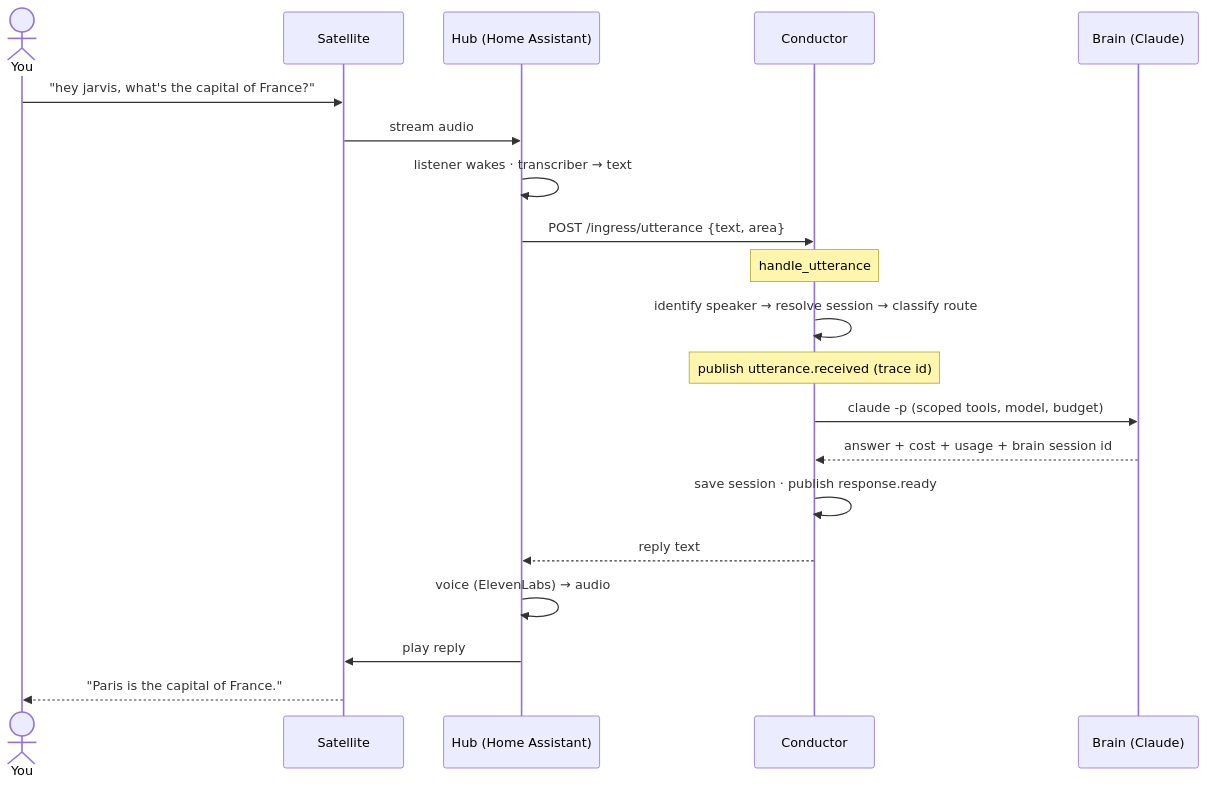
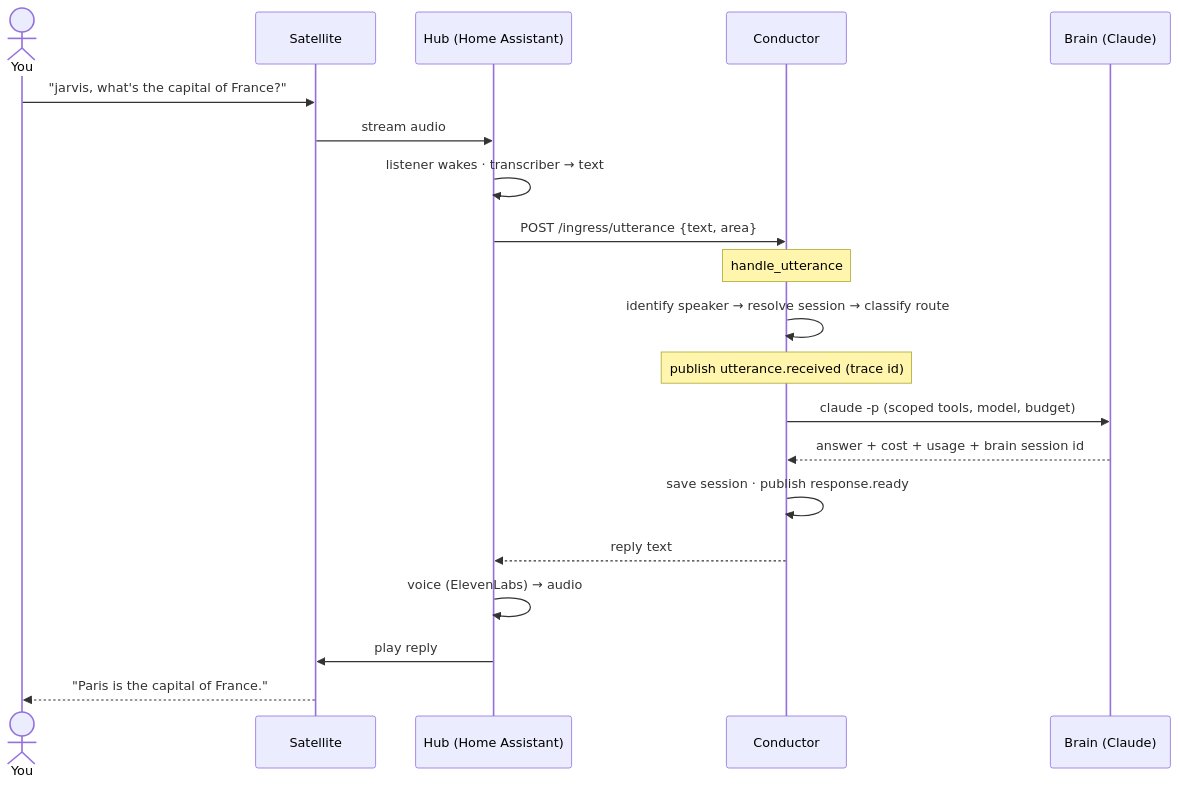
One commit to alexdalgleishmorel/jarvis changed the second of 5 diagrams in docs/architecture.md. Above: the diagram before and after it, drawn with Mermaid. The commit also changed other lines of this file and 5 other files, not shown here.

````diff
--- a/docs/architecture.md
+++ b/docs/architecture.md
@@ -101,23 +101,23 @@
 ```mermaid
 sequenceDiagram
   actor U as You
   participant S as Satellite
   participant H as Hub (Home Assistant)
   participant C as Conductor
   participant B as Brain (Claude)
 
-  U->>S: "hey jarvis, what's the capital of France?"
+  U->>S: "jarvis, what's the capital of France?"
   S->>H: stream audio
   H->>H: listener wakes · transcriber → text
   H->>C: POST /ingress/utterance {text, area}
   Note over C: handle_utterance
   C->>C: identify speaker → resolve session → classify route
   Note over C: publish utterance.received (trace id)
   C->>B: claude -p (scoped tools, model, budget)
   B-->>C: answer + cost + usage + brain session id
   C->>C: save session · publish response.ready
   C-->>H: reply text
   H->>H: voice (ElevenLabs) → audio
   H->>S: play reply
   S-->>U: "Paris is the capital of France."
 ```
````
